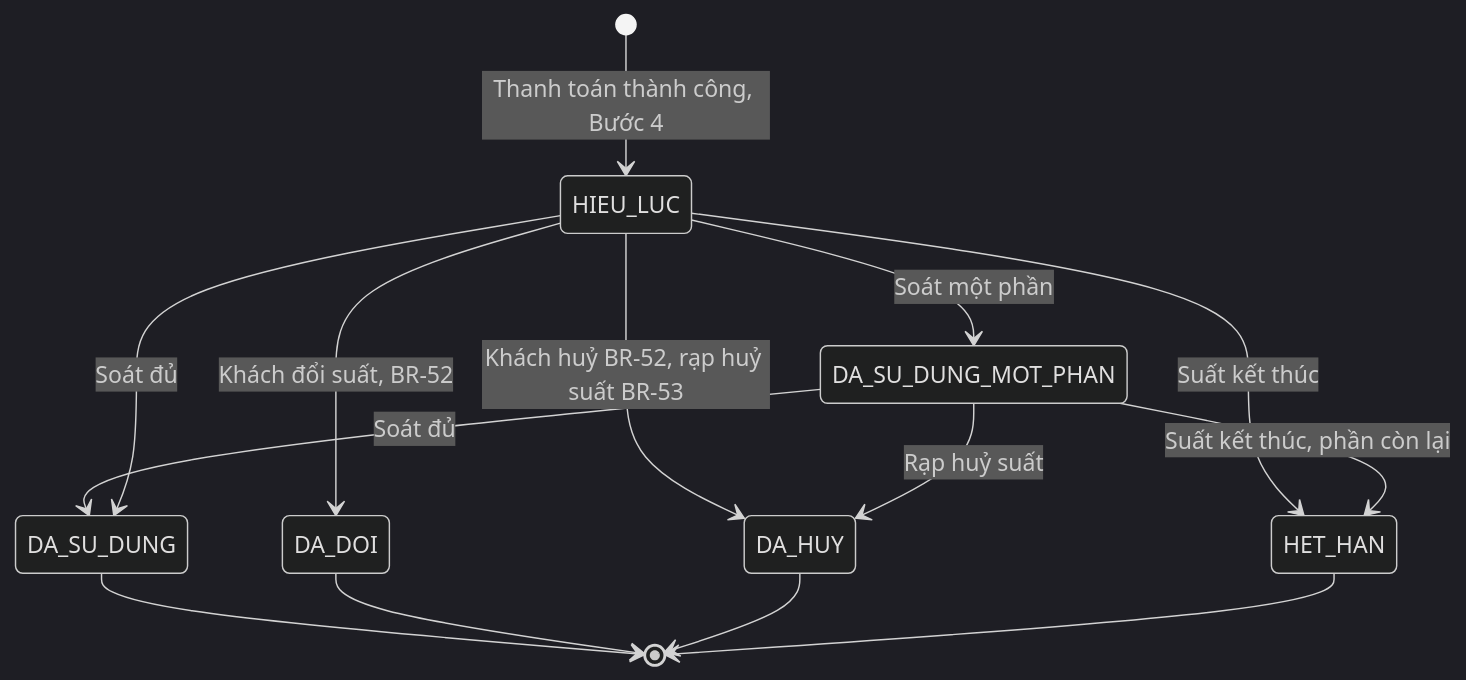
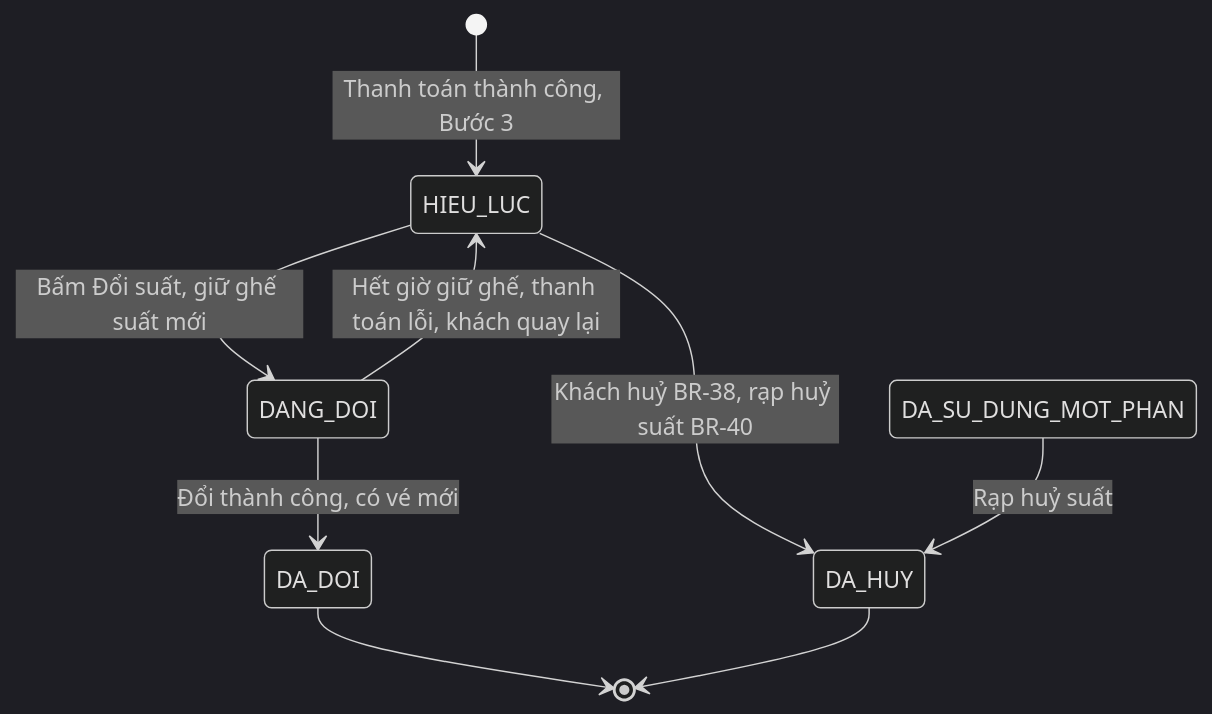
One commit to uxfoundation-vn/de08-dat-ve-xem-phim changed the sixth of 15 diagrams in docs/SRS.md. Above: the diagram before and after it, drawn with Mermaid (dark theme). The commit also changed other lines of this file and 2 other files, not shown here.

First line of the commit message:
Đề 8: chỉ giữ luồng của khách

````diff
--- a/docs/SRS.md
+++ b/docs/SRS.md
@@ -257,16 +205,11 @@
 ```mermaid
 stateDiagram-v2
-  [*] --> HIEU_LUC : Thanh toán thành công, Bước 4
-  HIEU_LUC --> DA_SU_DUNG_MOT_PHAN : Soát một phần
-  DA_SU_DUNG_MOT_PHAN --> DA_SU_DUNG : Soát đủ
-  HIEU_LUC --> DA_SU_DUNG : Soát đủ
-  HIEU_LUC --> DA_DOI : Khách đổi suất, BR-52
-  HIEU_LUC --> DA_HUY : Khách huỷ BR-52, rạp huỷ suất BR-53
+  [*] --> HIEU_LUC : Thanh toán thành công, Bước 3
+  HIEU_LUC --> DANG_DOI : Bấm Đổi suất, giữ ghế suất mới
+  DANG_DOI --> HIEU_LUC : Hết giờ giữ ghế, thanh toán lỗi, khách quay lại
+  DANG_DOI --> DA_DOI : Đổi thành công, có vé mới
+  HIEU_LUC --> DA_HUY : Khách huỷ BR-38, rạp huỷ suất BR-40
   DA_SU_DUNG_MOT_PHAN --> DA_HUY : Rạp huỷ suất
-  HIEU_LUC --> HET_HAN : Suất kết thúc
-  DA_SU_DUNG_MOT_PHAN --> HET_HAN : Suất kết thúc, phần còn lại
-  DA_SU_DUNG --> [*]
   DA_DOI --> [*]
   DA_HUY --> [*]
-  HET_HAN --> [*]
 ```
````
